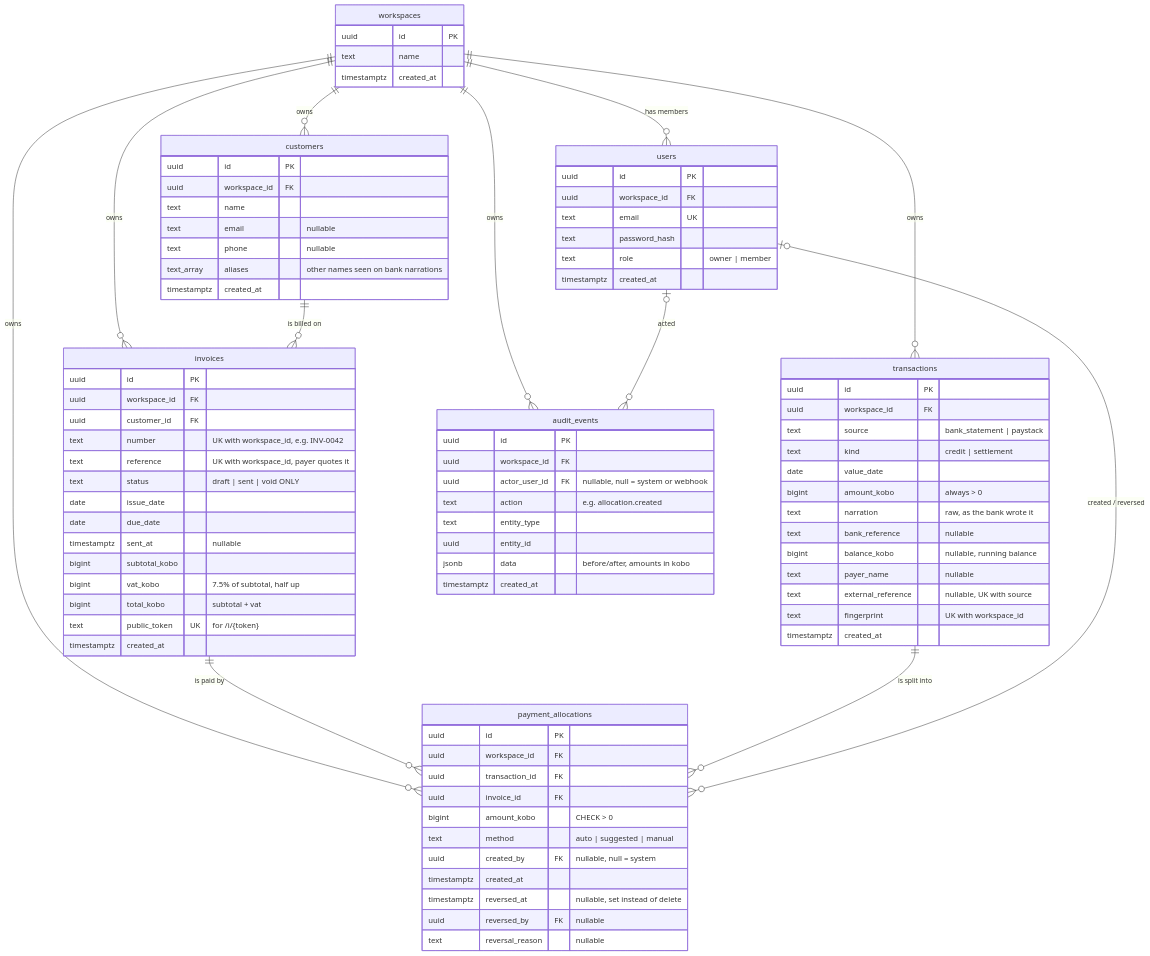
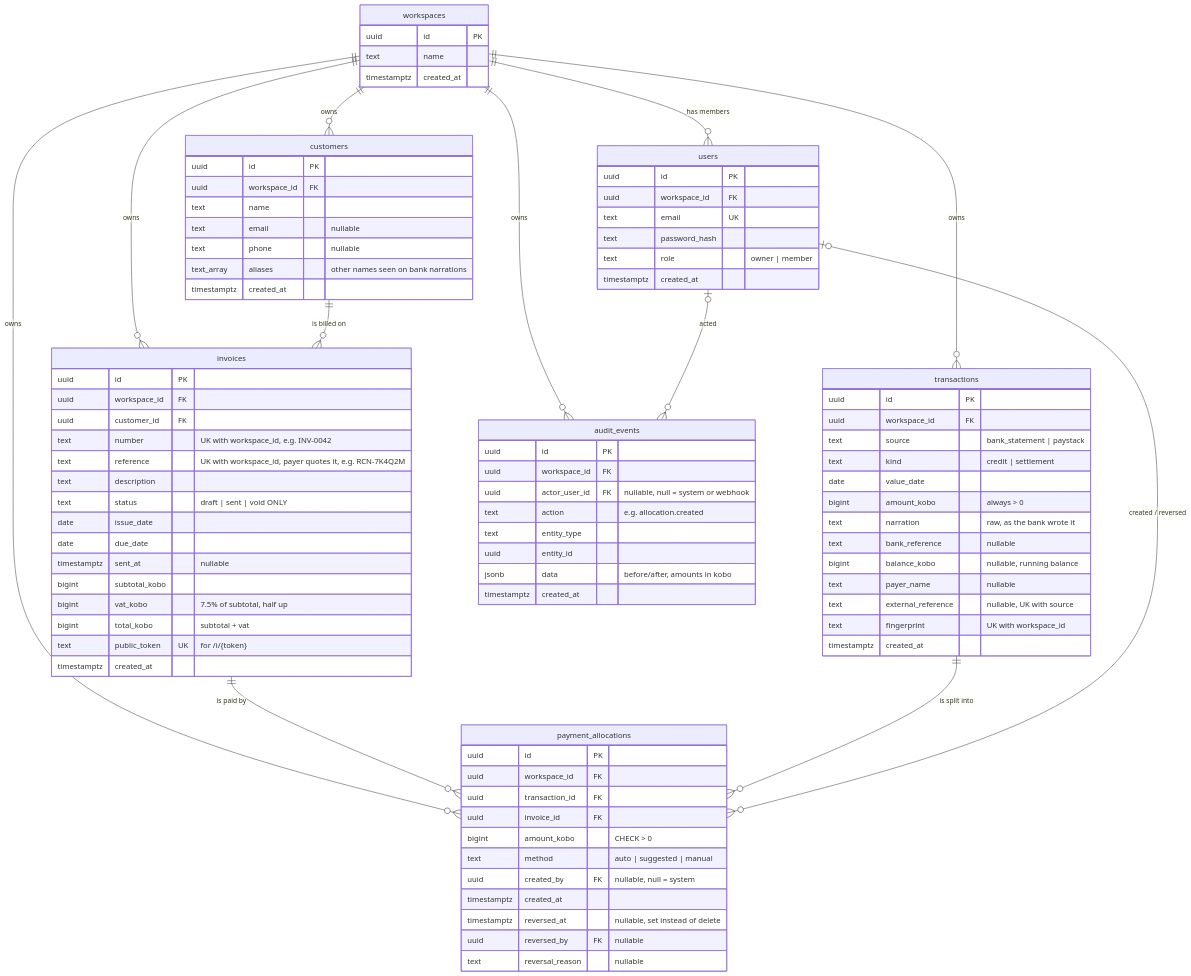
The diagram in docs/ERD.md (Burger-karl/ReconcilePro), drawn with Mermaid before and after one commit. The commit also changed other lines of this file and 26 other files, not shown here.

```diff
--- a/docs/ERD.md
+++ b/docs/ERD.md
@@ -51,7 +51,8 @@
         uuid workspace_id FK
         uuid customer_id FK
         text number "UK with workspace_id, e.g. INV-0042"
-        text reference "UK with workspace_id, payer quotes it"
+        text reference "UK with workspace_id, payer quotes it, e.g. RCN-7K4Q2M"
+        text description
         text status "draft | sent | void ONLY"
         date issue_date
         date due_date
```
